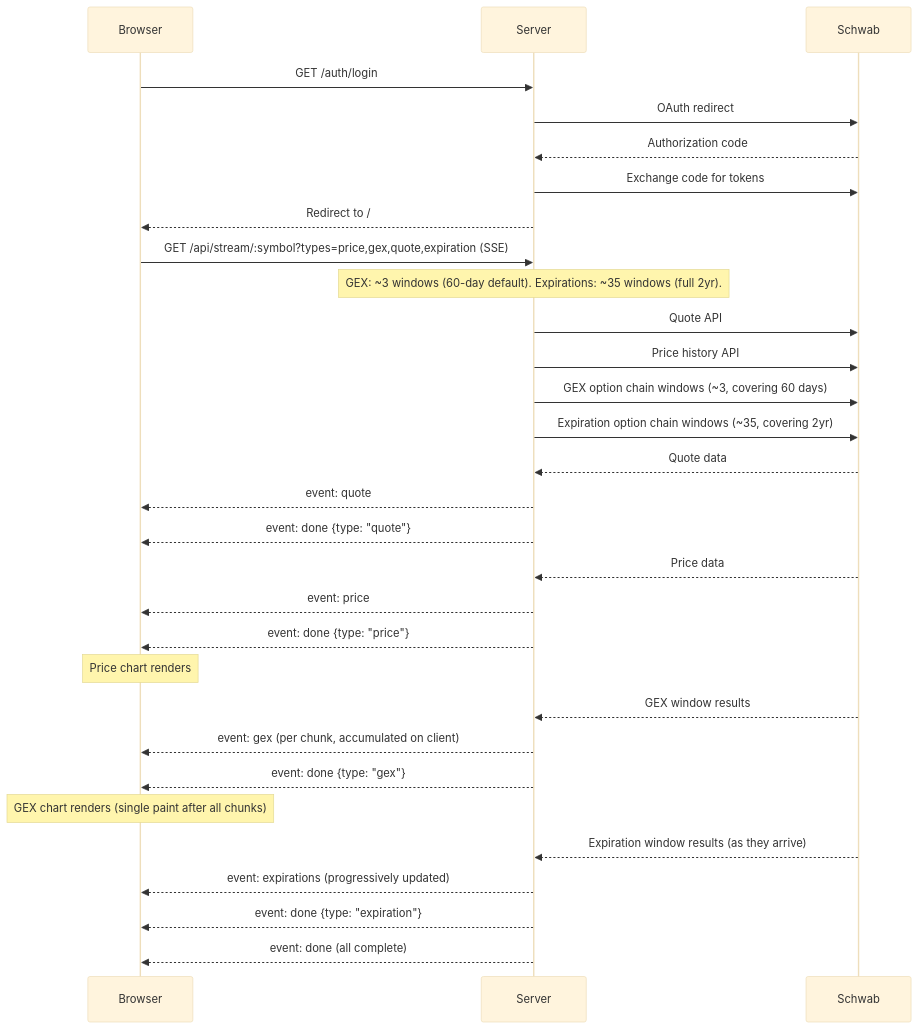
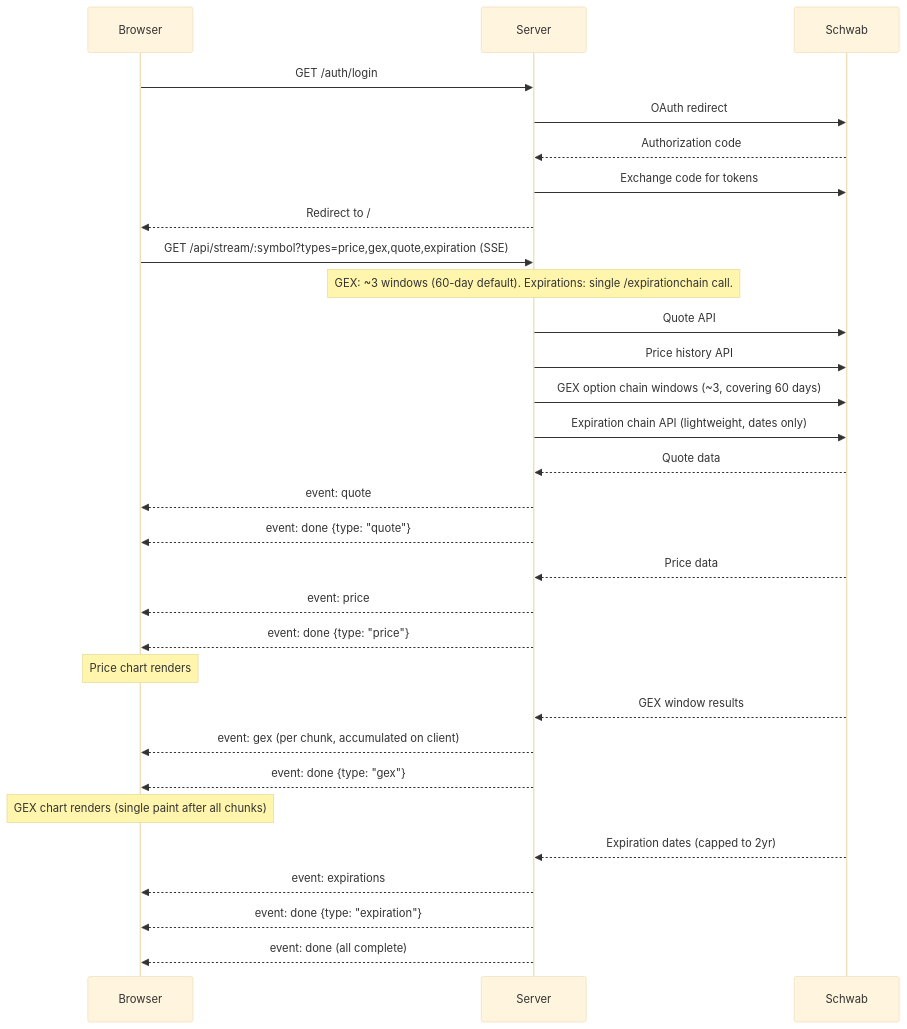
The diagram in README.md (abhishek-cha/gex-dash), drawn with Mermaid (base theme) before and after one commit. The commit also changed other lines of this file and 3 other files, not shown here.

````diff
--- a/README.md
+++ b/README.md
@@ -35,34 +35,34 @@
 ```mermaid
 sequenceDiagram
     participant Browser
     participant Server
     participant Schwab
 
     Browser->>Server: GET /auth/login
     Server->>Schwab: OAuth redirect
     Schwab-->>Server: Authorization code
     Server->>Schwab: Exchange code for tokens
     Server-->>Browser: Redirect to /
 
     Browser->>Server: GET /api/stream/:symbol?types=price,gex,quote,expiration (SSE)
-    Note over Server: GEX: ~3 windows (60-day default). Expirations: ~35 windows (full 2yr).
+    Note over Server: GEX: ~3 windows (60-day default). Expirations: single /expirationchain call.
     Server->>Schwab: Quote API
     Server->>Schwab: Price history API
     Server->>Schwab: GEX option chain windows (~3, covering 60 days)
-    Server->>Schwab: Expiration option chain windows (~35, covering 2yr)
+    Server->>Schwab: Expiration chain API (lightweight, dates only)
     Schwab-->>Server: Quote data
     Server-->>Browser: event: quote
     Server-->>Browser: event: done {type: "quote"}
     Schwab-->>Server: Price data
     Server-->>Browser: event: price
     Server-->>Browser: event: done {type: "price"}
     Note over Browser: Price chart renders
     Schwab-->>Server: GEX window results
     Server-->>Browser: event: gex (per chunk, accumulated on client)
     Server-->>Browser: event: done {type: "gex"}
     Note over Browser: GEX chart renders (single paint after all chunks)
-    Schwab-->>Server: Expiration window results (as they arrive)
-    Server-->>Browser: event: expirations (progressively updated)
+    Schwab-->>Server: Expiration dates (capped to 2yr)
+    Server-->>Browser: event: expirations
     Server-->>Browser: event: done {type: "expiration"}
     Server-->>Browser: event: done (all complete)
 ```
````
